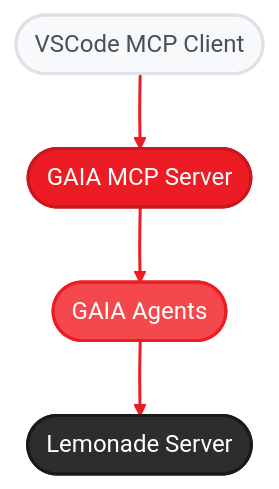
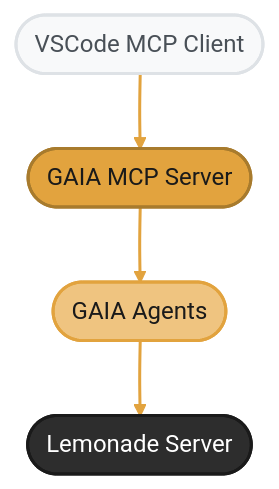
One commit to amd/gaia changed the second of 4 diagrams in docs/integrations/vscode.mdx. Above: the diagram before and after it, drawn with Mermaid. The commit also changed other lines of this file and 37 other files, not shown here.

````diff
--- a/docs/integrations/vscode.mdx
+++ b/docs/integrations/vscode.mdx
@@ -349,14 +349,14 @@
 ```mermaid
-%%{init: {'theme':'base', 'themeVariables': { 'primaryColor':'#ED1C24', 'primaryTextColor':'#fff', 'primaryBorderColor':'#C8171E', 'lineColor':'#F4484D', 'fontFamily': 'system-ui, -apple-system, sans-serif'}}}%%
+%%{init: {'theme':'base', 'themeVariables': { 'primaryColor':'#E2A33E', 'primaryTextColor':'#1a1a1a', 'primaryBorderColor':'#A87B2D', 'lineColor':'#EFC480', 'fontFamily': 'system-ui, -apple-system, sans-serif'}}}%%
 graph TB
     A(["VSCode MCP Client"]) --> B(["GAIA MCP Server"])
     B --> C(["GAIA Agents"])
     C --> D(["Lemonade Server"])
 
     style A fill:#f8f9fa,stroke:#dee2e6,stroke-width:2px,color:#495057
-    style B fill:#ED1C24,stroke:#C8171E,stroke-width:2px,color:#fff
-    style C fill:#F4484D,stroke:#ED1C24,stroke-width:2px,color:#fff
+    style B fill:#E2A33E,stroke:#A87B2D,stroke-width:2px,color:#1a1a1a
+    style C fill:#EFC480,stroke:#E2A33E,stroke-width:2px,color:#1a1a1a
     style D fill:#2d2d2d,stroke:#1a1a1a,stroke-width:2px,color:#fff
 
-    linkStyle 0,1,2 stroke:#ED1C24,stroke-width:2px
+    linkStyle 0,1,2 stroke:#E2A33E,stroke-width:2px
 ```
````
